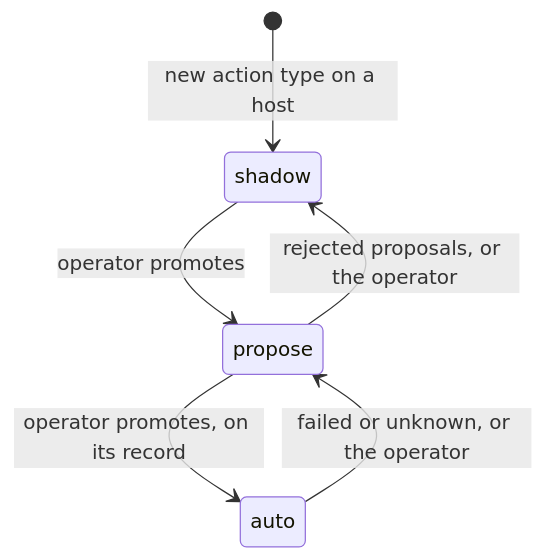
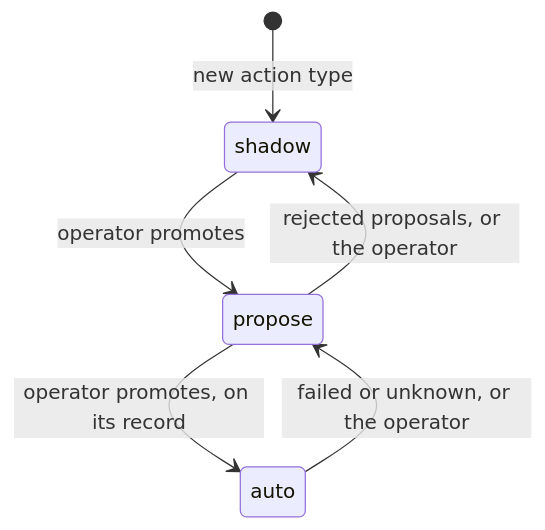
The third of 9 diagrams in docs/rfc/RFC-0004-agent-pipeline.md (chipi/flotilla), drawn with Mermaid before and after one commit. The commit also changed other lines of this file, not shown here.

````diff
--- a/docs/rfc/RFC-0004-agent-pipeline.md
+++ b/docs/rfc/RFC-0004-agent-pipeline.md
@@ -249,8 +272,8 @@
 ```mermaid
 stateDiagram-v2
-    [*] --> shadow: new action type on a host
+    [*] --> shadow: new action type
     shadow --> propose: operator promotes
     propose --> auto: operator promotes, on its record
     auto --> propose: failed or unknown, or the operator
     propose --> shadow: rejected proposals, or the operator
 ```
````
